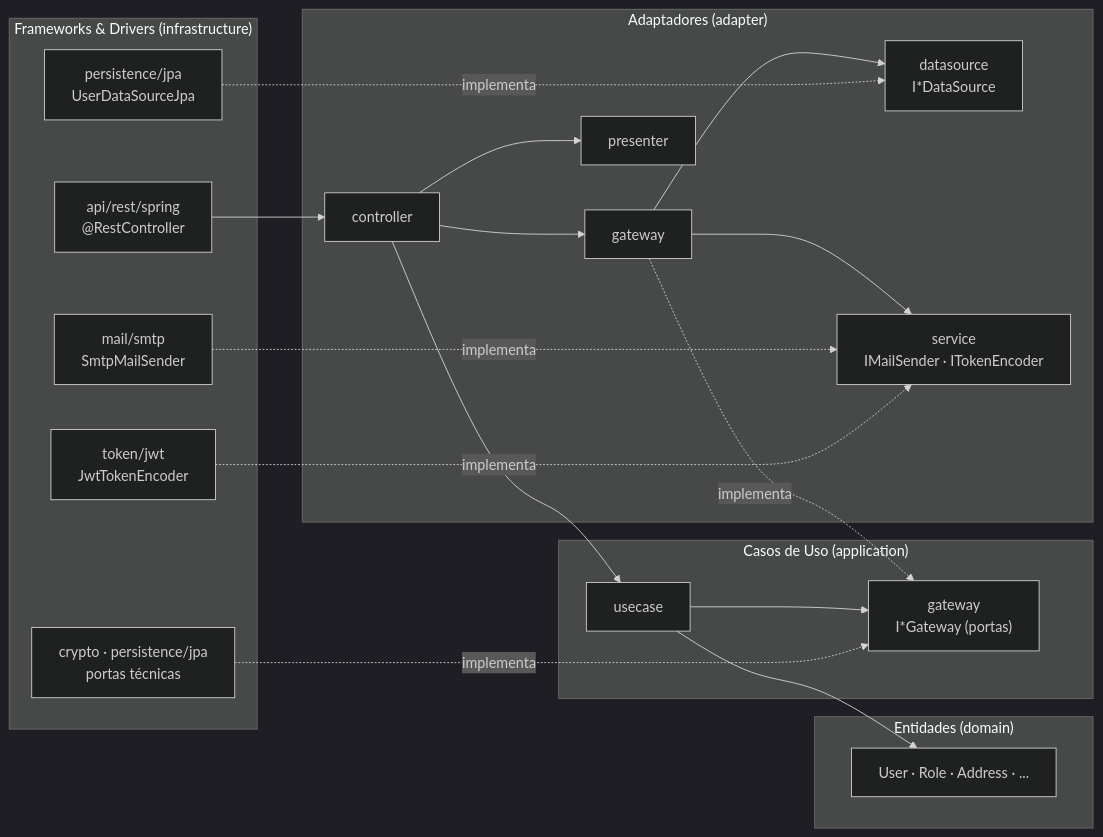
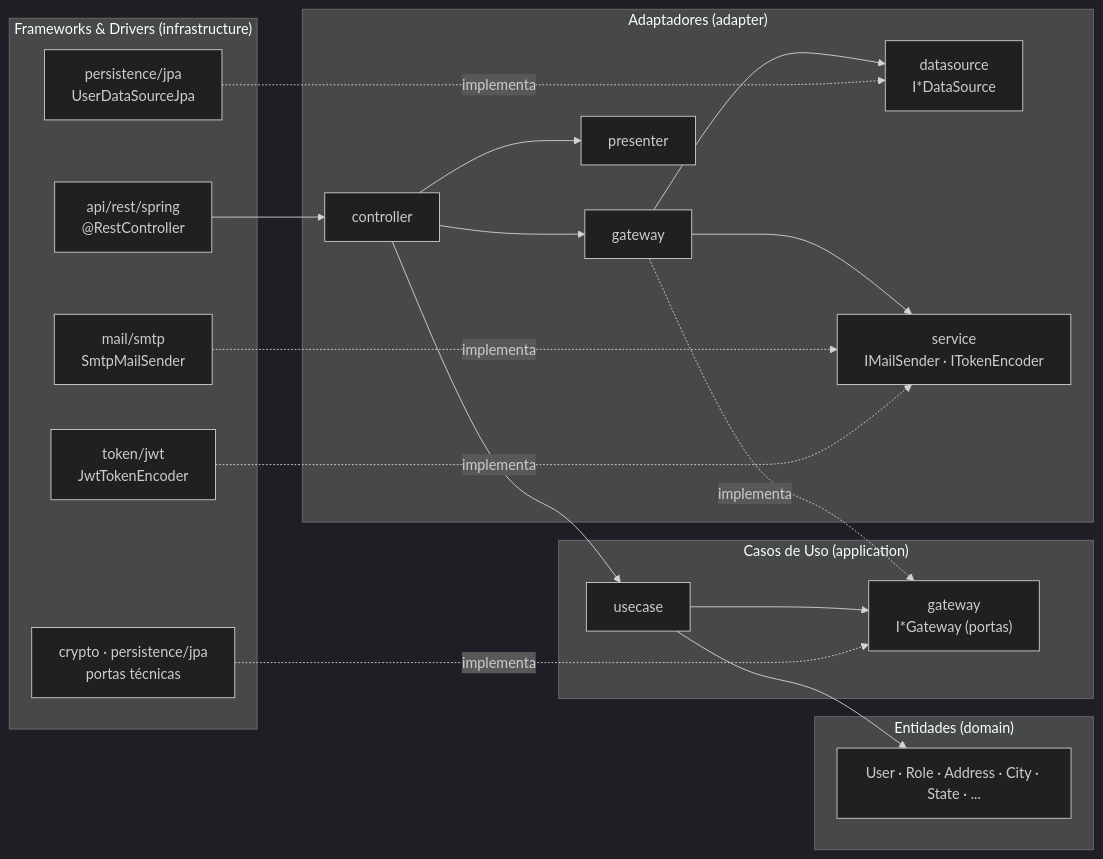
Before and after one commit to felipe11dias/postech-fase2-restaurantes-app: the diagram in docs/arquitetura/00-visao-geral.md, drawn with Mermaid (dark theme). The commit also changed other lines of this file and 45 other files, not shown here.

````diff
--- a/docs/arquitetura/00-visao-geral.md
+++ b/docs/arquitetura/00-visao-geral.md
@@ -75,37 +75,37 @@
 ```mermaid
 flowchart LR
     subgraph infra["Frameworks & Drivers (infrastructure)"]
         REST["api/rest/spring<br/>@RestController"]
         JPA["persistence/jpa<br/>UserDataSourceJpa"]
         SMTP["mail/smtp<br/>SmtpMailSender"]
         JWT["token/jwt<br/>JwtTokenEncoder"]
         TECH["crypto · persistence/jpa<br/>portas técnicas"]
     end
     subgraph adapter["Adaptadores (adapter)"]
         C["controller"]
         G["gateway"]
         DS["datasource<br/>I*DataSource"]
         SV["service<br/>IMailSender · ITokenEncoder"]
         P["presenter"]
     end
     subgraph app["Casos de Uso (application)"]
         UC["usecase"]
         PORT["gateway<br/>I*Gateway (portas)"]
     end
     subgraph dom["Entidades (domain)"]
-        E["User · Role · Address · ..."]
+        E["User · Role · Address · City · State · ..."]
     end
     REST --> C
     C --> G
     C --> UC
     C --> P
     UC --> PORT
     UC --> E
     G -. implementa .-> PORT
     G --> DS
     G --> SV
     JPA -. implementa .-> DS
     SMTP -. implementa .-> SV
     JWT -. implementa .-> SV
     TECH -. implementa .-> PORT
 ```
````
